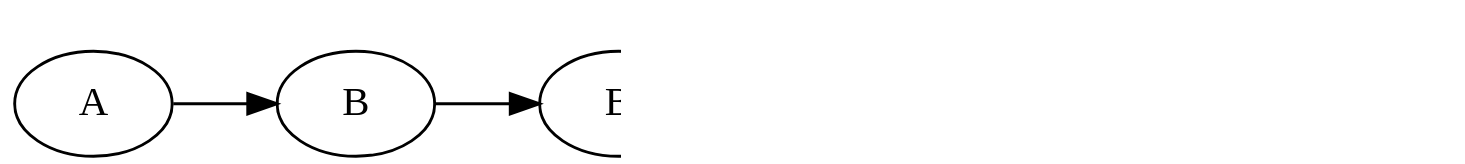
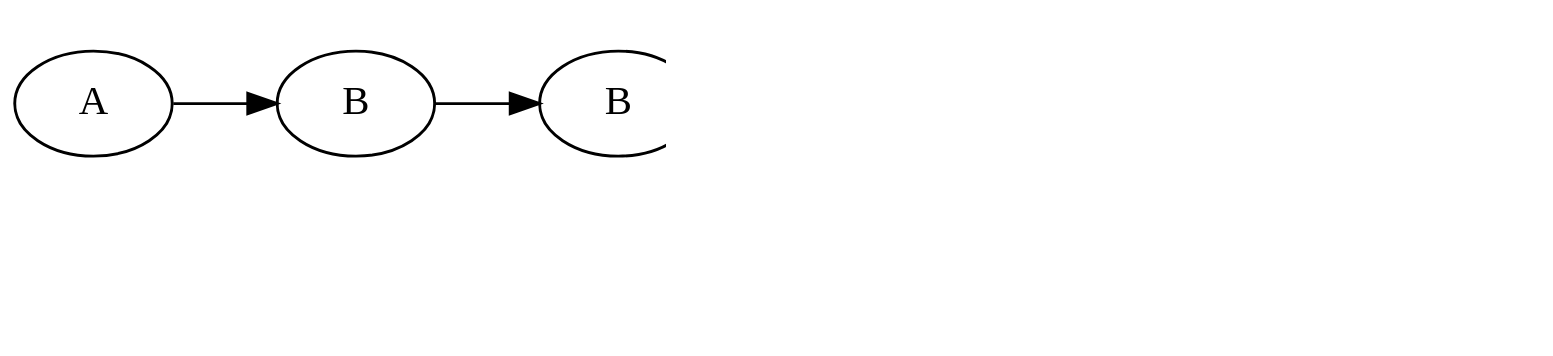
One commit to inponomarev/kstreams-testing-pitfalls changed the tenth of 17 diagrams in slides/src/main/asciidoc/lecture.adoc. Above: the diagram before and after it, drawn with Graphviz. The commit also changed other lines of this file and 3 other files, not shown here.

```diff
--- a/slides/src/main/asciidoc/lecture.adoc
+++ b/slides/src/main/asciidoc/lecture.adoc
@@ -490,22 +506,29 @@
 [graphviz,"cache1b.png"]
 ----
 digraph G {
 graph [ dpi = 180 ];
 rankdir="LR";
 
 A1[label="A"];
 B1[label="B"];
 B2[label="B"];
 
 A1 -> B1 -> B2 -> Reduce;
 
 Reduce[shape=box,label="reduce \n (l, r) → <STOP>"]
 
 Reduce -> Cache
 
 Cache[shape=box,label=<<table cellspacing="5" cellborder="0"  border="0">
         <tr><td colspan="2">Cache</td></tr>
         <tr><td>A</td>
-        <vr/><td> </td></tr></table>>]
+        <vr/><td>A</td></tr></table>>];
+Store[shape=cylinder,label=<<table cellspacing="5" cellborder="0"  border="0">
+        <tr><td colspan="2">Local Store</td></tr>
+        <tr><td> </td><td> </td></tr>
+        </table>>];
+        
+Cache -> Store;
+{rank = same; Store; Cache; }
 }
 ----
```
